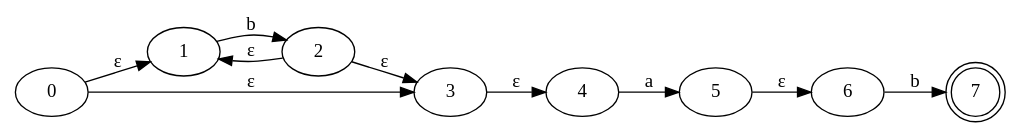
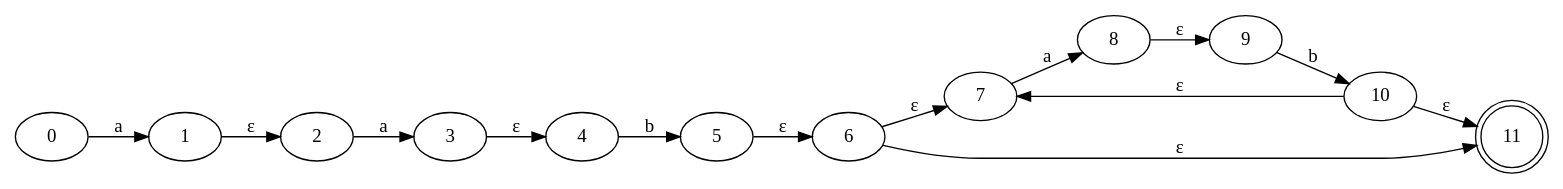
One commit to jua16073/lenguajes_proy1 changed the diagram in test-output/automata.gv. Above: the diagram before and after it, drawn with Graphviz. The commit also changed 5 other files, not shown here.

```diff
--- a/test-output/automata.gv
+++ b/test-output/automata.gv
@@ -1,20 +1,28 @@
 digraph Automata {
 	rankdir=LR
 	0 [label=0]
-	0 -> 1 [label="ε"]
-	0 -> 3 [label="ε"]
+	0 -> 1 [label=a]
 	1 [label=1]
-	1 -> 2 [label=b]
+	1 -> 2 [label="ε"]
 	2 [label=2]
-	2 -> 1 [label="ε"]
-	2 -> 3 [label="ε"]
+	2 -> 3 [label=a]
 	3 [label=3]
 	3 -> 4 [label="ε"]
 	4 [label=4]
-	4 -> 5 [label=a]
+	4 -> 5 [label=b]
 	5 [label=5]
 	5 -> 6 [label="ε"]
 	6 [label=6]
-	6 -> 7 [label=b]
-	7 [label=7 shape=doublecircle]
+	6 -> 7 [label="ε"]
+	6 -> 11 [label="ε"]
+	7 [label=7]
+	7 -> 8 [label=a]
+	8 [label=8]
+	8 -> 9 [label="ε"]
+	9 [label=9]
+	9 -> 10 [label=b]
+	10 [label=10]
+	10 -> 7 [label="ε"]
+	10 -> 11 [label="ε"]
+	11 [label=11 shape=doublecircle]
 }
```
